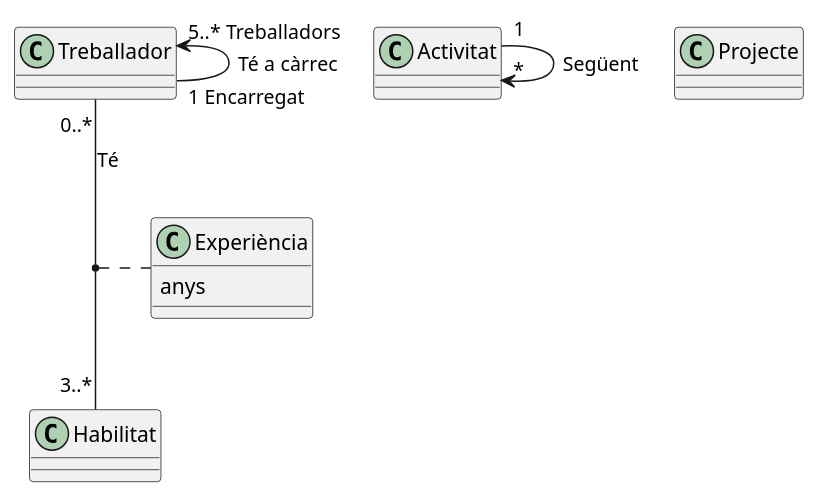
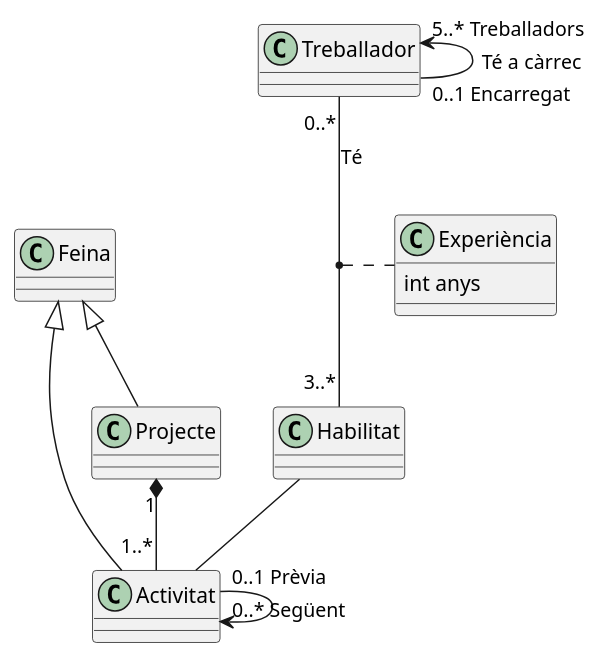
Before and after one commit to encarbassotnopot/proven_m05: the fifth of 7 diagrams in uf3/uml/diagrames.plantuml, drawn with PlantUML. The commit also changed other lines of this file, not shown here.

```diff
--- a/uf3/uml/diagrames.plantuml
+++ b/uf3/uml/diagrames.plantuml
@@ -64,18 +63,23 @@
 @startuml 5
 
+class Feina
 class Treballador
 class Habilitat
-class Activitat
-class Projecte
+class Activitat extends Feina
+class Projecte extends Feina
 class Experiència {
-	anys
+	int anys
 }
 
 
-Treballador "5..* Treballadors" <-- "1 Encarregat" Treballador : Té a càrrec
-Activitat "1" --> "*" Activitat : Següent
+Treballador "5..* Treballadors" <-- "0..1 Encarregat" Treballador : Té a càrrec
+Activitat "0..1 Prèvia" --> "0..* Següent" Activitat
 
 Treballador "0..*" -- "3..*" Habilitat : Té
 (Treballador, Habilitat) .. Experiència
 
+Habilitat -- Activitat
+
+Projecte "1" *-- "1..*" Activitat
+
 @enduml
```
